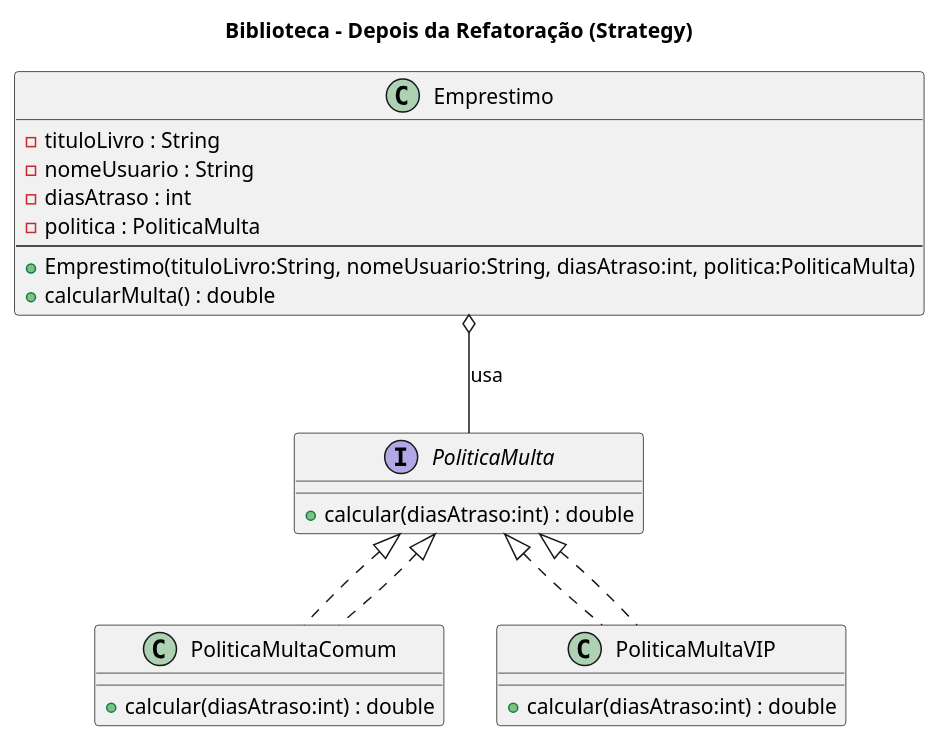
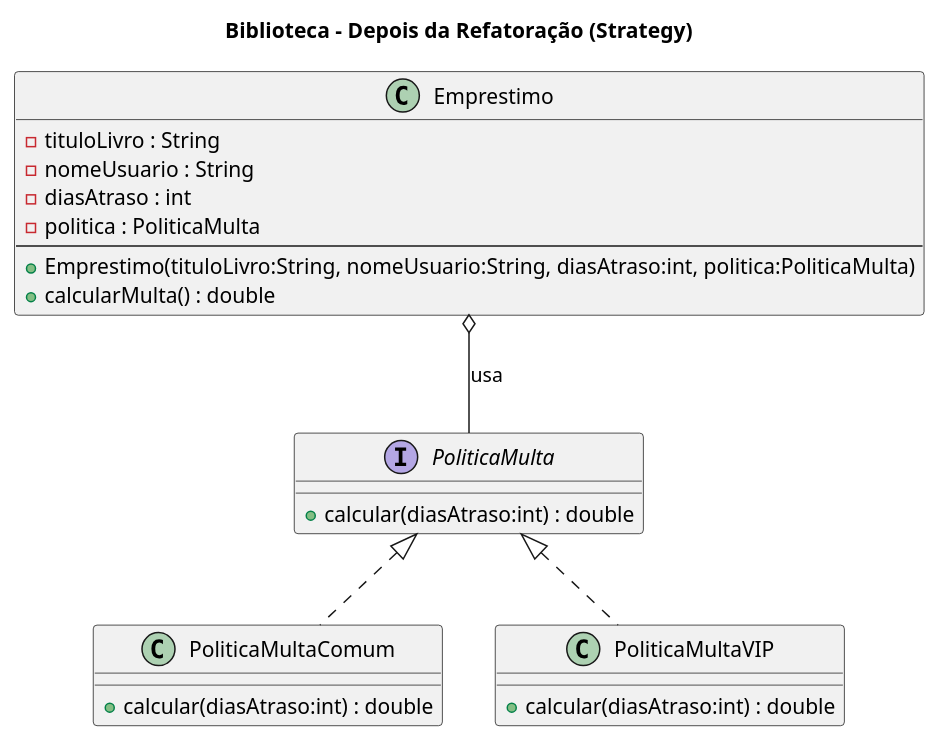
One commit to traue/25.2-desenvsist2-ead changed the second of 2 diagrams in aula_sincrona-01-09/README.md. Above: the diagram before and after it, drawn with PlantUML.

````diff
--- a/aula_sincrona-01-09/README.md
+++ b/aula_sincrona-01-09/README.md
@@ -157,31 +157,29 @@
 ```plantuml
 @startuml
 title "Biblioteca - Depois da Refatoração (Strategy)"
 
 interface PoliticaMulta {
   + calcular(diasAtraso:int) : double
 }
 
 class PoliticaMultaComum implements PoliticaMulta {
   + calcular(diasAtraso:int) : double
 }
 
 class PoliticaMultaVIP implements PoliticaMulta {
   + calcular(diasAtraso:int) : double
 }
 
 class Emprestimo {
   - tituloLivro : String
   - nomeUsuario : String
   - diasAtraso : int
   - politica : PoliticaMulta
   --
   + Emprestimo(tituloLivro:String, nomeUsuario:String, diasAtraso:int, politica:PoliticaMulta)
   + calcularMulta() : double
 }
 
 Emprestimo o-- PoliticaMulta : usa
-PoliticaMulta <|.. PoliticaMultaComum
-PoliticaMulta <|.. PoliticaMultaVIP
 @enduml
 ```
````
